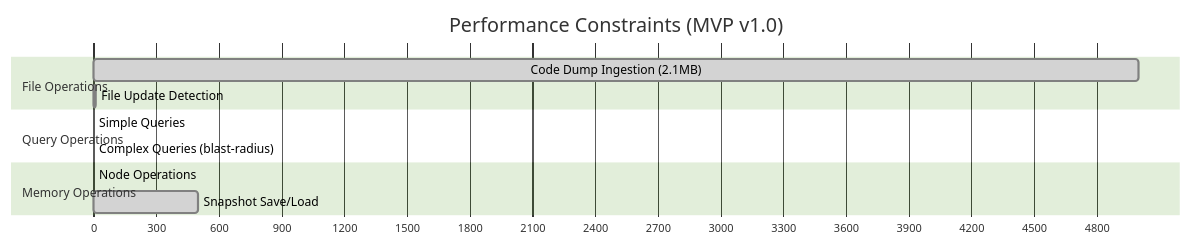
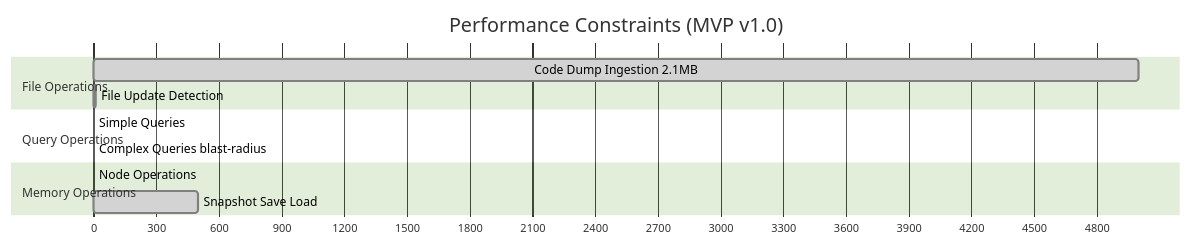
The third of 10 diagrams in README.md (that-in-rust/parseltongue), drawn with Mermaid (forest theme) before and after one commit. The commit also changed other lines of this file and 32 other files, not shown here.

````diff
--- a/README.md
+++ b/README.md
@@ -100,18 +100,18 @@
 ```mermaid
 gantt
     title Performance Constraints (MVP v1.0)
     dateFormat X
     axisFormat %s
     
     section File Operations
-    Code Dump Ingestion (2.1MB)    :done, dump, 0, 5000
-    File Update Detection          :done, update, 0, 12
+    Code Dump Ingestion 2.1MB    :done, dump, 0, 5000
+    File Update Detection         :done, update, 0, 12
     
     section Query Operations  
-    Simple Queries                 :done, simple, 0, 1
-    Complex Queries (blast-radius) :done, complex, 0, 1
+    Simple Queries               :done, simple, 0, 1
+    Complex Queries blast-radius :done, complex, 0, 1
     
     section Memory Operations
-    Node Operations                :done, node, 0, 0.006
-    Snapshot Save/Load             :done, snapshot, 0, 500
+    Node Operations              :done, node, 0, 0.05
+    Snapshot Save Load           :done, snapshot, 0, 500
 ```
````
